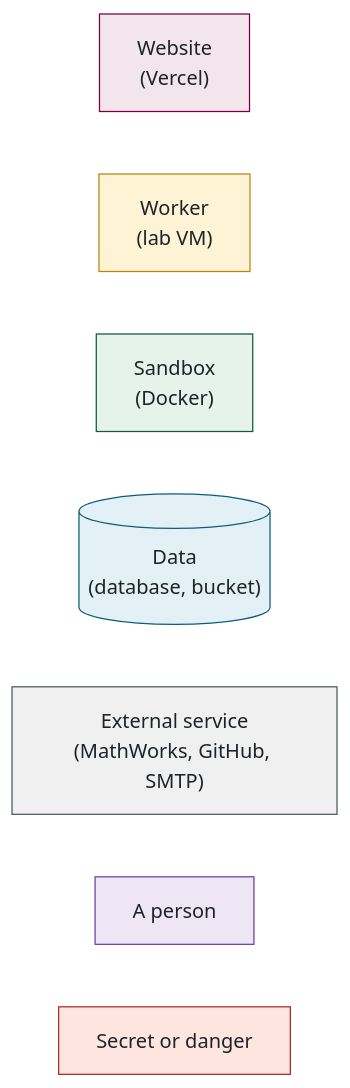
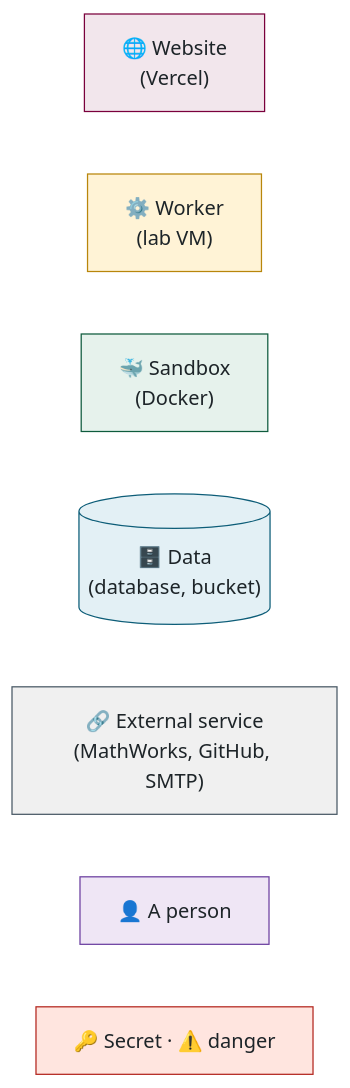
Before and after one commit to McMaster-Battery-Research-Group/battery-soc-benchmark: the diagram in docs/walkthrough/README.md, drawn with Mermaid. The commit also changed other lines of this file and 38 other files, not shown here.

Commit message:
Walkthrough: consistent icon system (icon key, part and section icons, diagram labels) + tool/company logos

````diff
--- a/docs/walkthrough/README.md
+++ b/docs/walkthrough/README.md
@@ -13,24 +13,24 @@
 ```mermaid
 flowchart LR
-    W["Website<br/>(Vercel)"]
-    K["Worker<br/>(lab VM)"]
-    S["Sandbox<br/>(Docker)"]
-    D[("Data<br/>(database, bucket)")]
-    E["External service<br/>(MathWorks, GitHub, SMTP)"]
-    P["A person"]
-    X["Secret or danger"]
+    W["🌐 Website<br/>(Vercel)"]
+    K["⚙️ Worker<br/>(lab VM)"]
+    S["🐳 Sandbox<br/>(Docker)"]
+    D[("🗄️ Data<br/>(database, bucket)")]
+    E["🔗 External service<br/>(MathWorks, GitHub, SMTP)"]
+    P["👤 A person"]
+    X["🔑 Secret · ⚠️ danger"]
     classDef web fill:#F2E6EC,stroke:#7A003C,color:#1d2428
     classDef worker fill:#FFF3D6,stroke:#B8860B,color:#1d2428
     classDef sandbox fill:#E6F2EC,stroke:#0E5B3D,color:#1d2428
     classDef data fill:#E3F0F5,stroke:#0D5D78,color:#1d2428
     classDef ext fill:#F0F0F0,stroke:#495965,color:#1d2428
     classDef person fill:#EFE6F5,stroke:#6B3FA0,color:#1d2428
     classDef danger fill:#FFE5DF,stroke:#B3261E,color:#1d2428
     class W web
     class K worker
     class S sandbox
     class D data
     class E ext
     class P person
     class X danger
 ```
````
